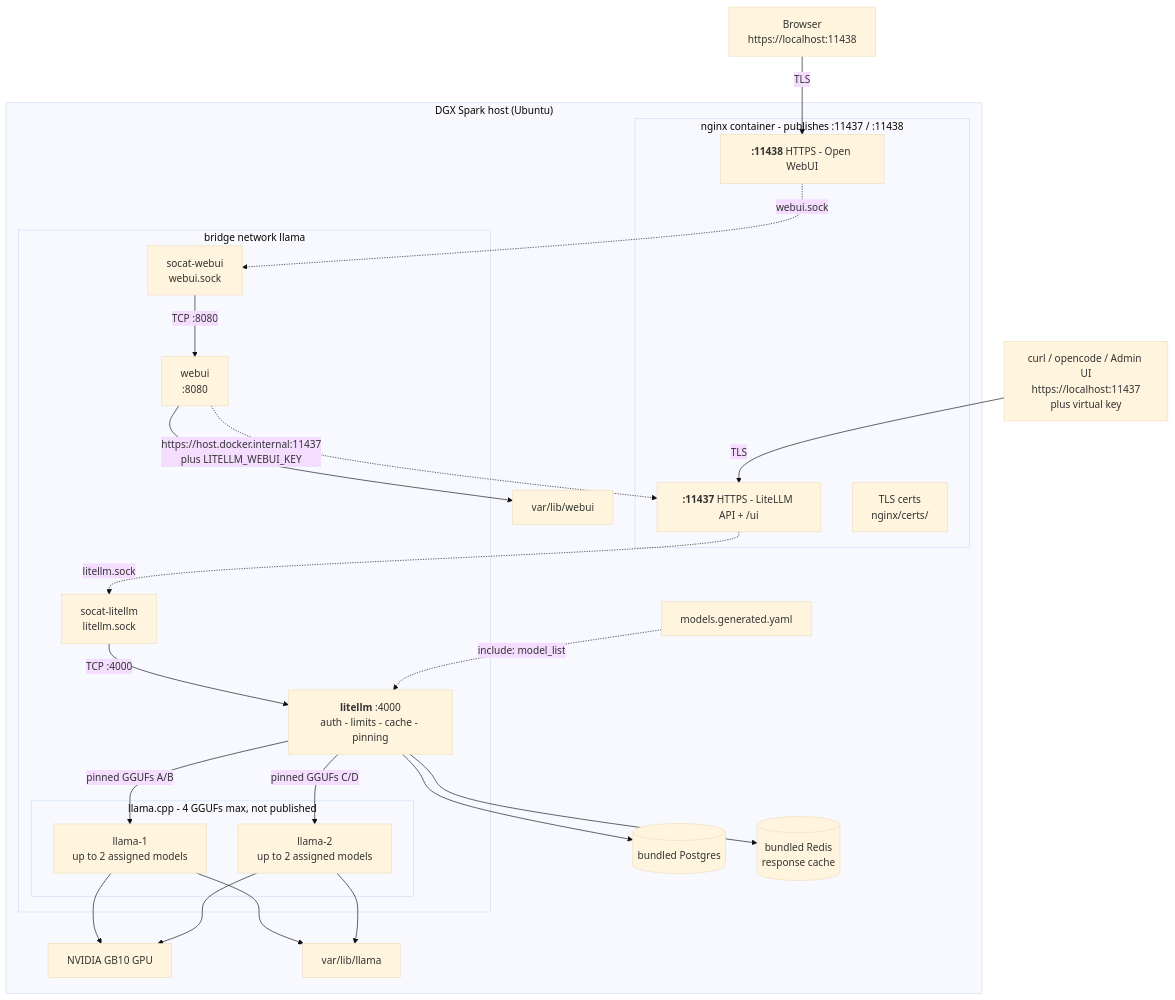
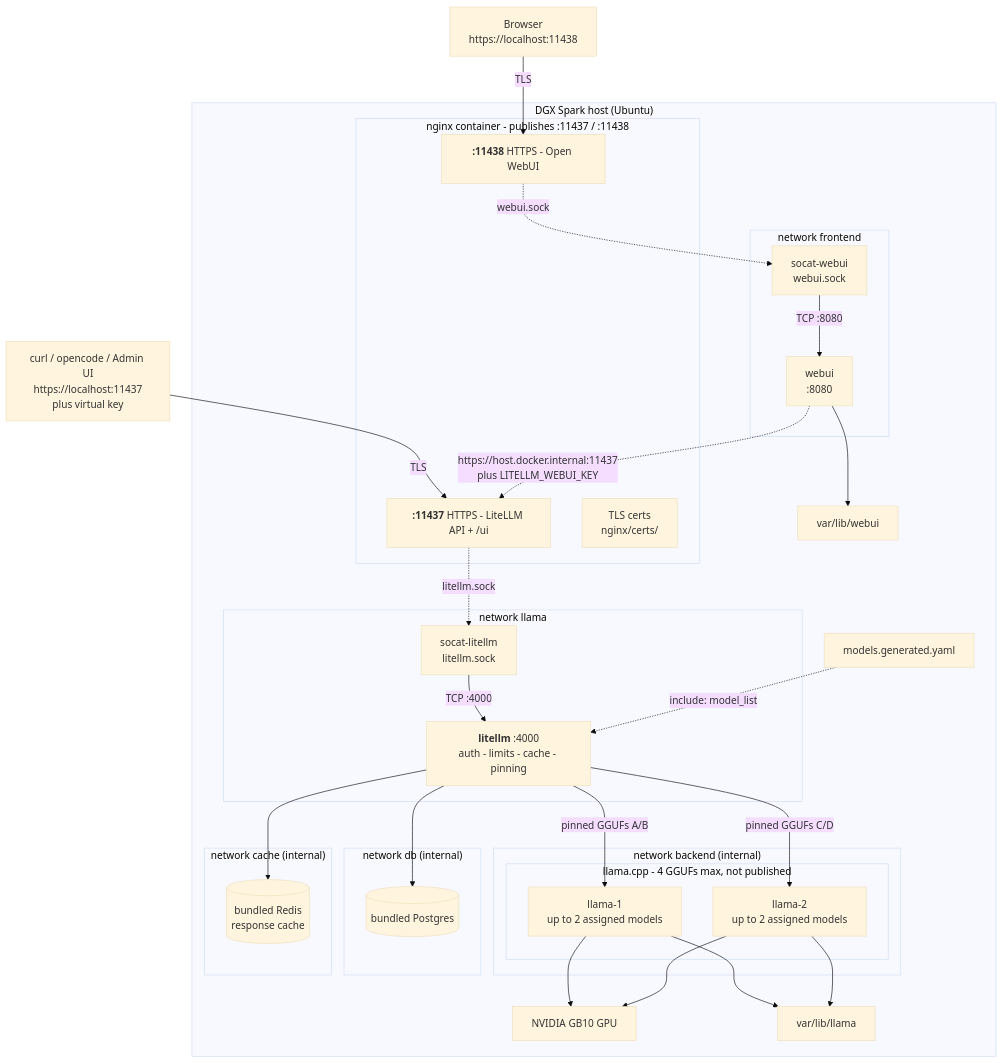
Before and after one commit to SpotDraft/llamacpp-serve: the diagram in docs/diagrams/architecture-litellm.mmd, drawn with Mermaid (base theme). The commit also changed 8 other files, not shown here.

First line of the commit message:
Address PR review: Redis setup migration, cache isolation, and docs

```diff
--- a/docs/diagrams/architecture-litellm.mmd
+++ b/docs/diagrams/architecture-litellm.mmd
@@ -1,48 +1,60 @@
 flowchart TD
     CLI1["curl / opencode / Admin UI<br/>https://localhost:11437<br/>plus virtual key"]
     CLI2["Browser<br/>https://localhost:11438"]
 
     subgraph HOST["DGX Spark host (Ubuntu)"]
         subgraph NGX["nginx container - publishes :11437 / :11438"]
             LS11437["<b>:11437</b> HTTPS - LiteLLM API + /ui"]
             LS11438["<b>:11438</b> HTTPS - Open WebUI"]
             CERTS["TLS certs<br/>nginx/certs/"]
         end
 
-        subgraph NET["bridge network llama"]
+        subgraph NETLLAMA["network llama"]
             SL["socat-litellm<br/>litellm.sock"]
             LL["<b>litellm</b> :4000<br/>auth - limits - cache - pinning"]
+        end
+
+        subgraph NETFRONT["network frontend"]
+            W["webui<br/>:8080"]
+            SW["socat-webui<br/>webui.sock"]
+        end
+
+        subgraph NETBACK["network backend (internal)"]
             subgraph POOL["llama.cpp - 4 GGUFs max, not published"]
                 L1["llama-1<br/>up to 2 assigned models"]
                 L2["llama-2<br/>up to 2 assigned models"]
             end
-            W["webui<br/>:8080"]
-            SW["socat-webui<br/>webui.sock"]
+        end
+
+        subgraph NETDB["network db (internal)"]
+            PG[("bundled Postgres")]
+        end
+
+        subgraph NETCACHE["network cache (internal)"]
+            REDIS[("bundled Redis<br/>response cache")]
         end
 
         GPU["NVIDIA GB10 GPU"]
         MODELS["var/lib/llama"]
         GEN["models.generated.yaml"]
         DATA["var/lib/webui"]
-        PG[("bundled Postgres")]
-        REDIS[("bundled Redis<br/>response cache")]
     end
 
     CLI1 -->|TLS| LS11437
     CLI2 -->|TLS| LS11438
 
     LS11437 -.->|litellm.sock| SL
     SL -->|TCP :4000| LL
     GEN -.->|include: model_list| LL
     LL -->|"pinned GGUFs A/B"| L1
     LL -->|"pinned GGUFs C/D"| L2
     LL --> PG
     LL --> REDIS
 
     LS11438 -.->|webui.sock| SW
     SW -->|TCP :8080| W
     W -.->|https://host.docker.internal:11437<br/>plus LITELLM_WEBUI_KEY| LS11437
     W --> DATA
 
     L1 & L2 --> GPU
     L1 & L2 --> MODELS
```
